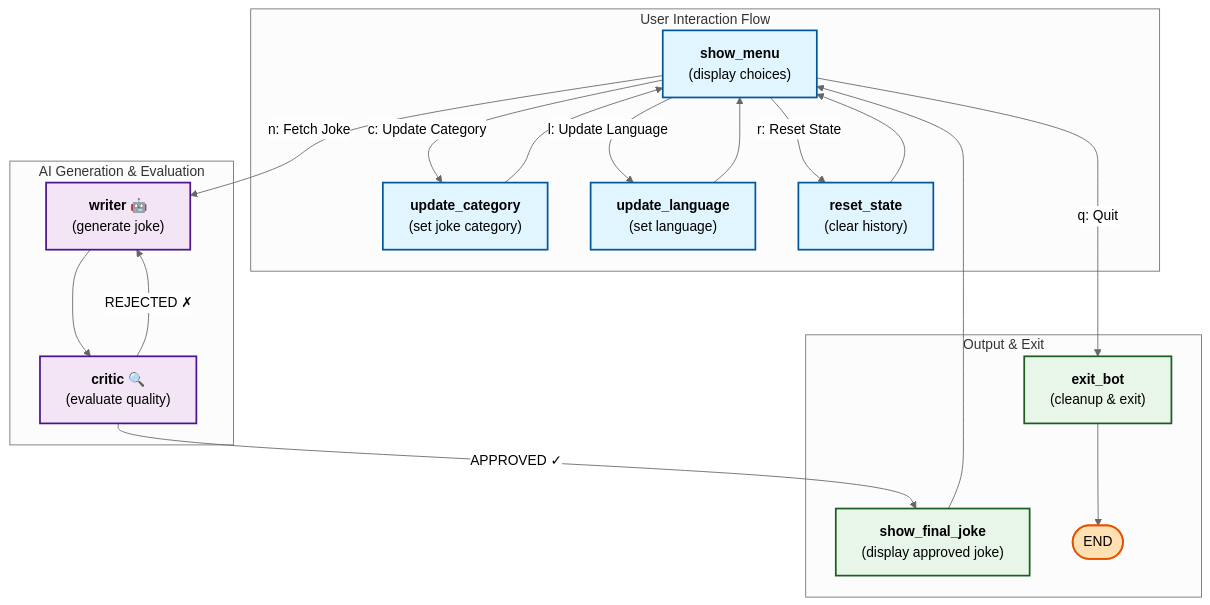
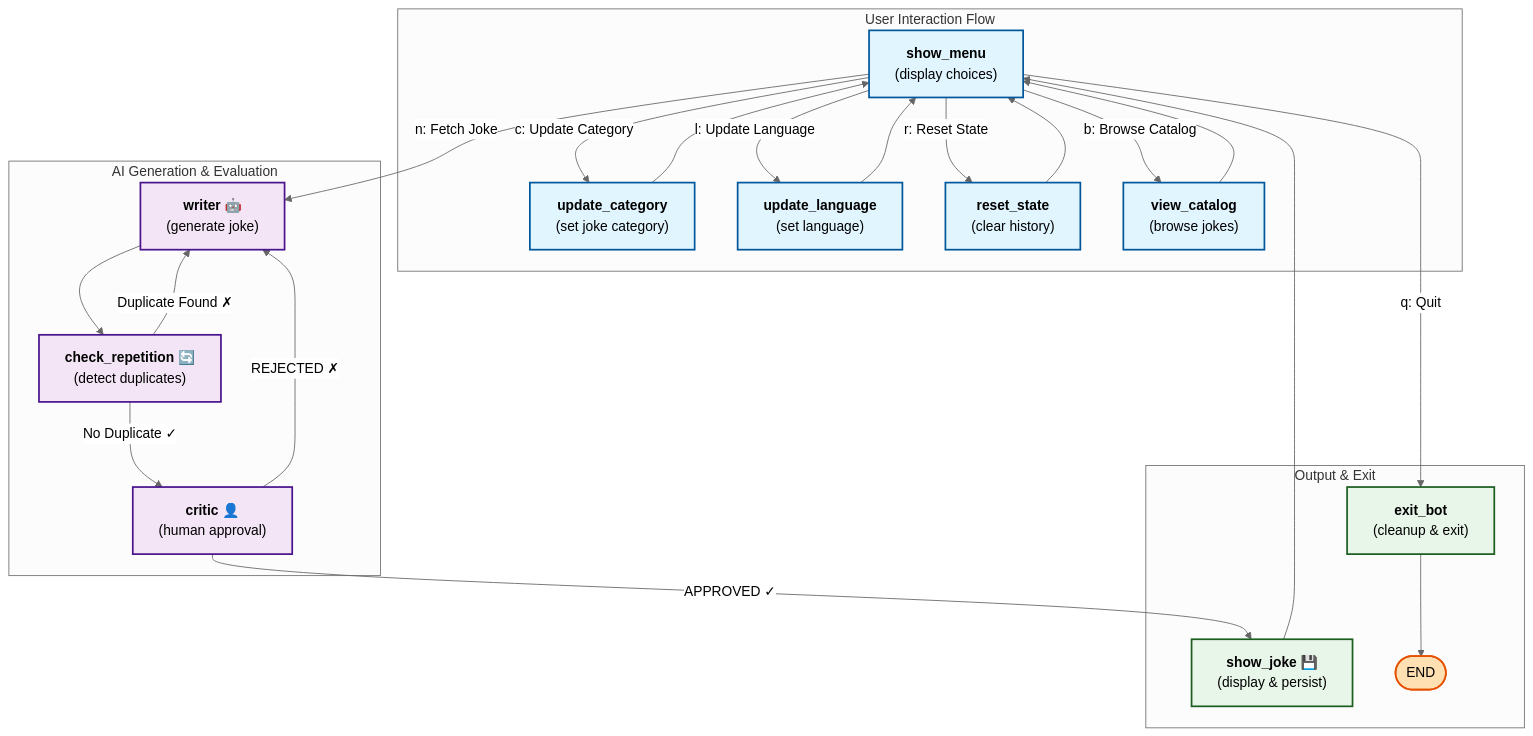
Before and after one commit to sonyjtp/joke-bot: the diagram in README.md, drawn with Mermaid (neutral theme). The commit also changed other lines of this file and 11 other files, not shown here.

````diff
--- a/README.md
+++ b/README.md
@@ -63,52 +65,58 @@
 ```mermaid
 flowchart TB
   subgraph UserFlow["User Interaction Flow"]
     SHOW_MENU["<b>show_menu</b><br/>(display choices)"]
     UPDATE_CATEGORY["<b>update_category</b><br/>(set joke category)"]
     UPDATE_LANGUAGE["<b>update_language</b><br/>(set language)"]
     RESET_STATE["<b>reset_state</b><br/>(clear history)"]
+    VIEW_CATALOG["<b>view_catalog</b><br/>(browse jokes)"]
   end
 
   subgraph AIFlow["AI Generation & Evaluation"]
     WRITER["<b>writer</b> 🤖<br/>(generate joke)"]
-    CRITIC["<b>critic</b> 🔍<br/>(evaluate quality)"]
+    CHECK_REP["<b>check_repetition</b> 🔄<br/>(detect duplicates)"]
+    CRITIC["<b>critic</b> 👤<br/>(human approval)"]
   end
 
   subgraph Output["Output & Exit"]
-    SHOW_JOKE["<b>show_final_joke</b><br/>(display approved joke)"]
+    SHOW_JOKE["<b>show_joke</b> 💾<br/>(display & persist)"]
     EXIT_BOT["<b>exit_bot</b><br/>(cleanup & exit)"]
     END(["END"])
   end
 
   %% styling
   classDef userNode fill:#e1f5ff,stroke:#01579b,stroke-width:2px
   classDef aiNode fill:#f3e5f5,stroke:#4a148c,stroke-width:2px
   classDef outputNode fill:#e8f5e9,stroke:#1b5e20,stroke-width:2px
   classDef endNode fill:#ffe0b2,stroke:#e65100,stroke-width:2px
 
-  class SHOW_MENU,UPDATE_CATEGORY,UPDATE_LANGUAGE,RESET_STATE userNode
-  class WRITER,CRITIC aiNode
+  class SHOW_MENU,UPDATE_CATEGORY,UPDATE_LANGUAGE,RESET_STATE,VIEW_CATALOG userNode
+  class WRITER,CHECK_REP,CRITIC aiNode
   class SHOW_JOKE,EXIT_BOT outputNode
   class END endNode
 
   %% conditional edges from show_menu (route_choice)
   SHOW_MENU -->|n: Fetch Joke| WRITER
   SHOW_MENU -->|c: Update Category| UPDATE_CATEGORY
   SHOW_MENU -->|l: Update Language| UPDATE_LANGUAGE
+  SHOW_MENU -->|b: Browse Catalog| VIEW_CATALOG
   SHOW_MENU -->|r: Reset State| RESET_STATE
   SHOW_MENU -->|q: Quit| EXIT_BOT
 
   %% edges back to menu
   UPDATE_CATEGORY --> SHOW_MENU
   UPDATE_LANGUAGE --> SHOW_MENU
   RESET_STATE --> SHOW_MENU
+  VIEW_CATALOG --> SHOW_MENU
 
-  %% main workflow
-  WRITER --> CRITIC
+  %% main workflow with repetition check
+  WRITER --> CHECK_REP
+  CHECK_REP -->|No Duplicate ✓| CRITIC
+  CHECK_REP -->|Duplicate Found ✗| WRITER
   SHOW_JOKE --> SHOW_MENU
   EXIT_BOT --> END
 
   %% conditional edges from critic (route_critic_decision)
   CRITIC -->|APPROVED ✓| SHOW_JOKE
   CRITIC -->|REJECTED ✗| WRITER
 ```
````
